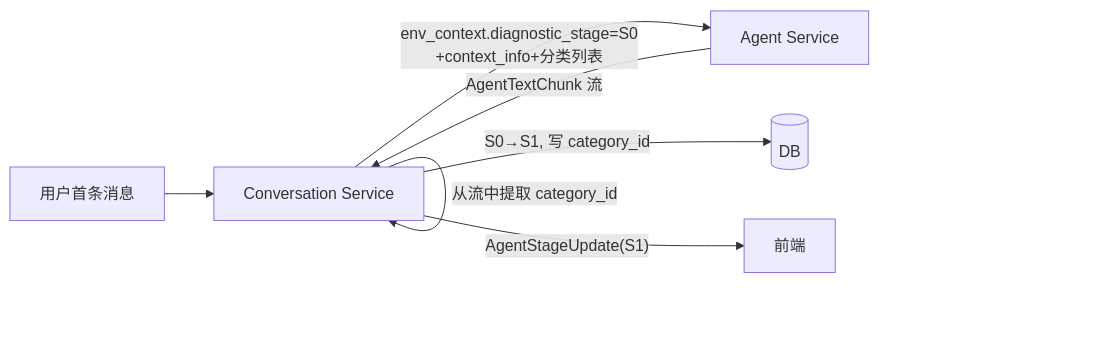
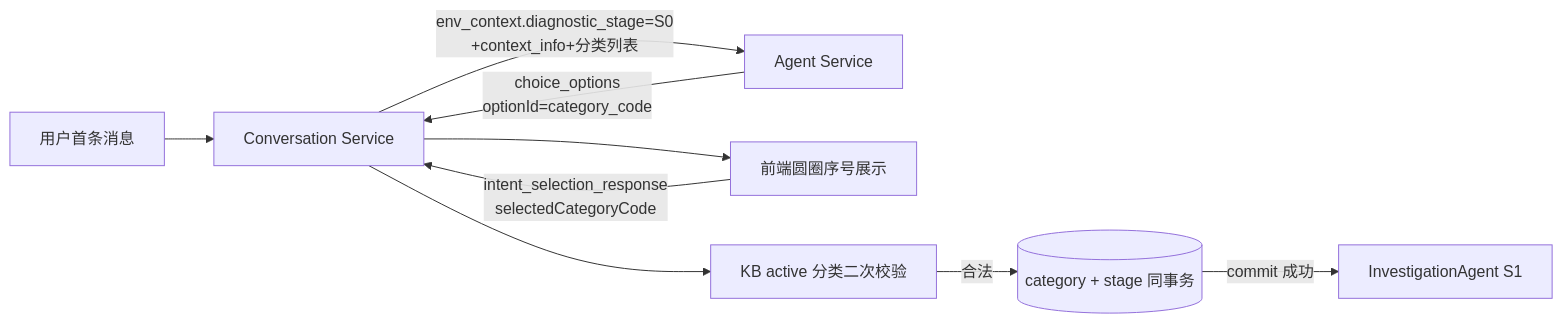
One commit to RoyinRolland/hci-troubleshoot-platform changed the second of 5 diagrams in docs/solution/conversation/对话设计.md. Above: the diagram before and after it, drawn with Mermaid. The commit also changed other lines of this file and 14 other files, not shown here.

````diff
--- a/docs/solution/conversation/对话设计.md
+++ b/docs/solution/conversation/对话设计.md
@@ -403,9 +402,11 @@
 ```mermaid
 flowchart LR
     U[用户首条消息] --> CVS[Conversation Service]
     CVS -->|"env_context.diagnostic_stage=S0\n+context_info+分类列表"| AS[Agent Service]
-    AS -->|"AgentTextChunk 流"| CVS
-    CVS -->|"从流中提取 category_id"| CVS
-    CVS -->|"S0→S1, 写 category_id"| DB[(DB)]
-    CVS -->|"AgentStageUpdate(S1)"| FE[前端]
+    AS -->|"choice_options\noptionId=category_code"| CVS
+    CVS --> FE[前端圆圈序号展示]
+    FE -->|"intent_selection_response\nselectedCategoryCode"| CVS
+    CVS --> KB[KB active 分类二次校验]
+    KB -->|"合法"| DB[(category + stage 同事务)]
+    DB -->|"commit 成功"| S1[InvestigationAgent S1]
 ```
````
